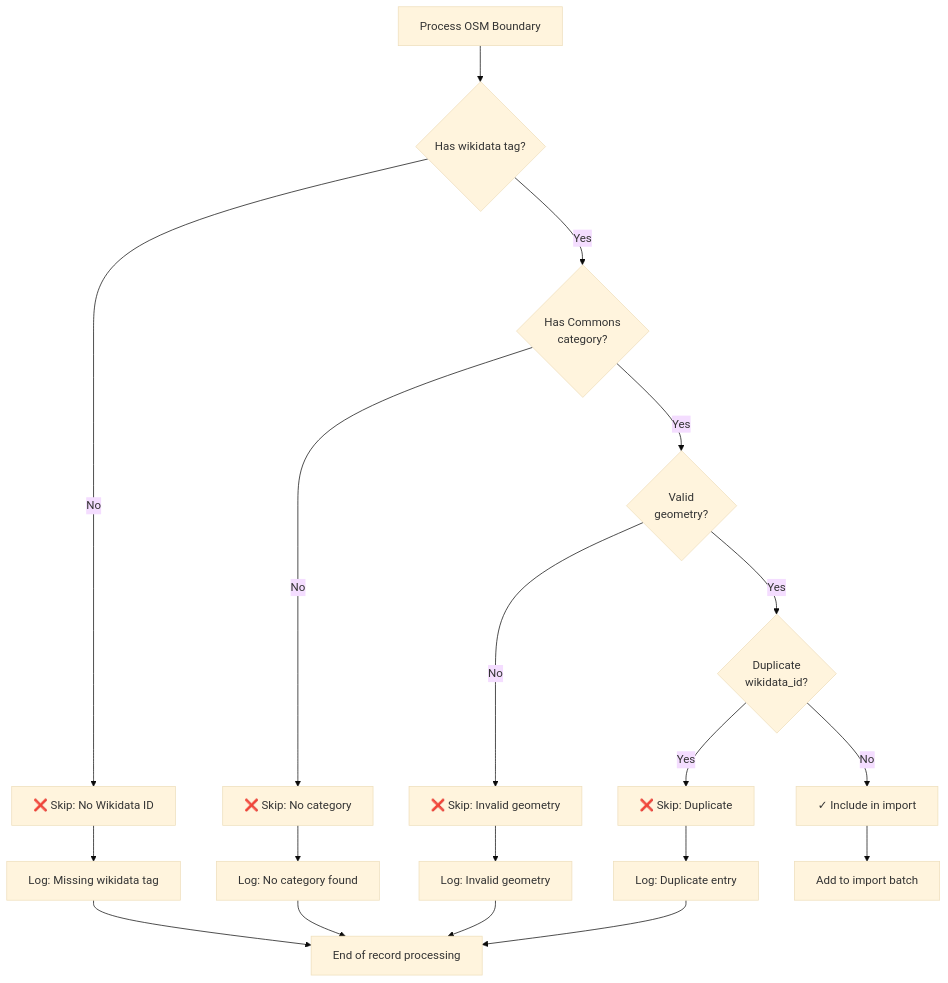
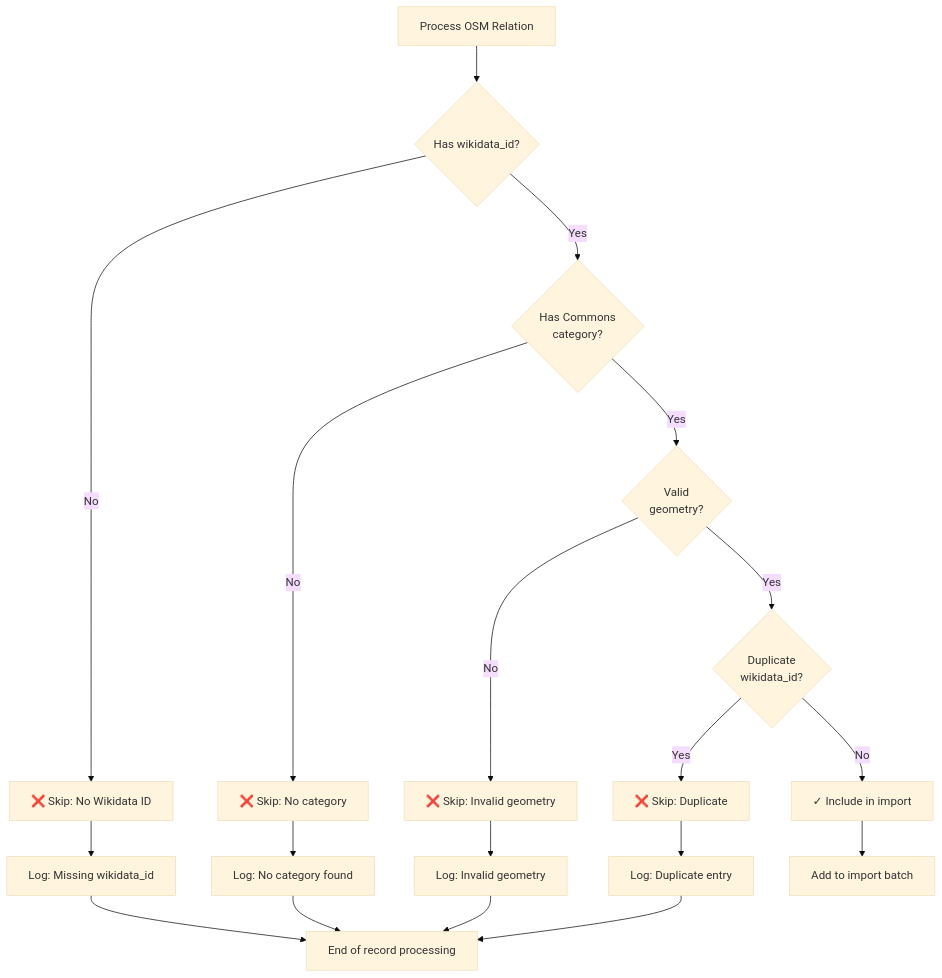
The sixth of 7 diagrams in docs/import/data-flow.md (DaxServer/geocode-commons-categories), drawn with Mermaid (base theme) before and after one commit. The commit also changed other lines of this file and 12 other files, not shown here.

````diff
--- a/docs/import/data-flow.md
+++ b/docs/import/data-flow.md
@@ -612,29 +374,28 @@
 ```mermaid
 graph TD
-    START[Process OSM Boundary] --> CHECK_WD{Has wikidata tag?}
+    START[Process OSM Relation] --> CHECK_WD{Has wikidata_id?}
 
     CHECK_WD -->|No| SKIP1[❌ Skip: No Wikidata ID]
     CHECK_WD -->|Yes| CHECK_CAT{Has Commons<br/>category?}
 
     CHECK_CAT -->|No| SKIP2[❌ Skip: No category]
     CHECK_CAT -->|Yes| CHECK_GEOM{Valid<br/>geometry?}
 
     CHECK_GEOM -->|No| SKIP3[❌ Skip: Invalid geometry]
     CHECK_GEOM -->|Yes| CHECK_DUP{Duplicate<br/>wikidata_id?}
 
     CHECK_DUP -->|Yes| SKIP4[❌ Skip: Duplicate]
     CHECK_DUP -->|No| SUCCESS[✓ Include in import]
 
-    SKIP1 --> LOG1[Log: Missing wikidata tag]
+    SKIP1 --> LOG1[Log: Missing wikidata_id]
     SKIP2 --> LOG2[Log: No category found]
     SKIP3 --> LOG3[Log: Invalid geometry]
     SKIP4 --> LOG4[Log: Duplicate entry]
 
     LOG1 --> END[End of record processing]
     LOG2 --> END
     LOG3 --> END
     LOG4 --> END
 
     SUCCESS --> IMPORT[Add to import batch]
-
 ```
````
